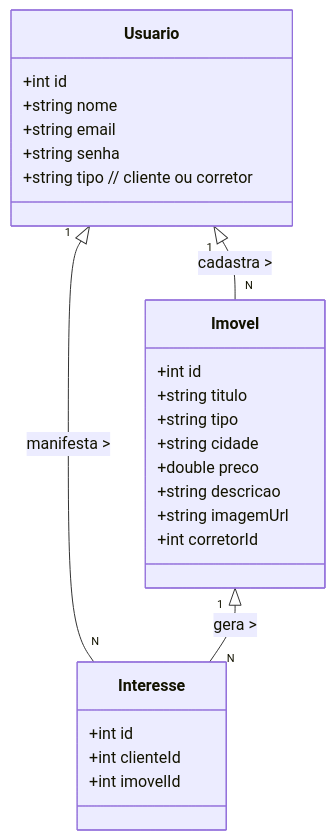
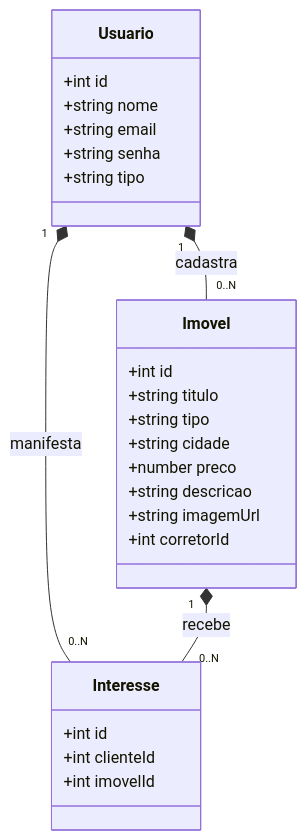
The second of 3 diagrams in recuperação/imobiliaria-prime/README.md (Pietro-Amorim/CursoFrontEnd), drawn with Mermaid before and after one commit. The commit also changed other lines of this file, not shown here.

````diff
--- a/recuperação/imobiliaria-prime/README.md
+++ b/recuperação/imobiliaria-prime/README.md
@@ -135,31 +136,31 @@
 ```mermaid
 classDiagram
     class Usuario {
-      +int id
-      +string nome
-      +string email
-      +string senha
-      +string tipo  // cliente ou corretor
+        +int id
+        +string nome
+        +string email
+        +string senha
+        +string tipo
     }
 
     class Imovel {
-      +int id
-      +string titulo
-      +string tipo
-      +string cidade
-      +double preco
-      +string descricao
-      +string imagemUrl
-      +int corretorId
+        +int id
+        +string titulo
+        +string tipo
+        +string cidade
+        +number preco
+        +string descricao
+        +string imagemUrl
+        +int corretorId
     }
 
     class Interesse {
-      +int id
-      +int clienteId
-      +int imovelId
+        +int id
+        +int clienteId
+        +int imovelId
     }
 
-    Usuario "1" <|-- "N" Imovel : cadastra >
-    Usuario "1" <|-- "N" Interesse : manifesta >
-    Imovel "1" <|-- "N" Interesse : gera >
+    Usuario "1" *-- "0..N" Imovel : cadastra
+    Usuario "1" *-- "0..N" Interesse : manifesta
+    Imovel "1" *-- "0..N" Interesse : recebe
 ```
````
